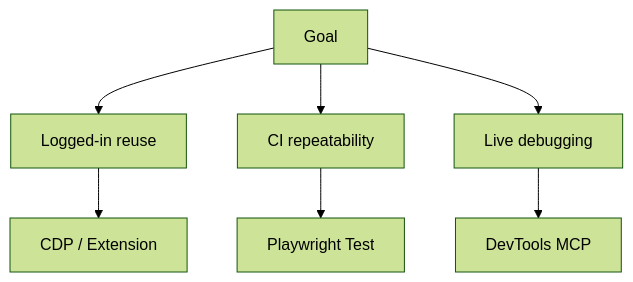
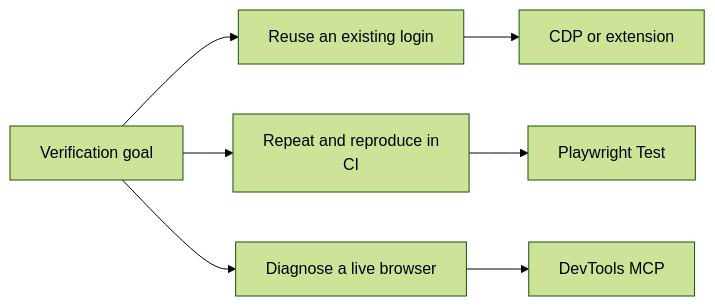
One commit to daylight55/research changed the first of 2 diagrams in articles/report/browser-e2e-mcp-agent-skills/en/index.mdx. Above: the diagram before and after it, drawn with Mermaid (forest theme). The commit also changed other lines of this file and 181 other files, not shown here.

First line of the commit message:
全記事の図解368点を再生成し、共通注意書きを削除 (#402)

````diff
--- a/articles/report/browser-e2e-mcp-agent-skills/en/index.mdx
+++ b/articles/report/browser-e2e-mcp-agent-skills/en/index.mdx
@@ -39,9 +39,18 @@
 ```mermaid
-flowchart TD
-  Goal["Goal"] --> Login["Logged-in reuse"]
-  Goal --> CI["CI repeatability"]
-  Goal --> Debug["Live debugging"]
-  Login --> CDP["CDP / Extension"]
-  CI --> Test["Playwright Test"]
-  Debug --> DevTools["DevTools MCP"]
+flowchart LR
+  accTitle: Choose browser tooling from the verification goal
+  accDescr: Reusing a login session, reproducing checks in CI and diagnosing a live browser require different connections and verification tools.
+  N0["Verification goal"]
+  N1["Reuse an existing login"]
+  N2["CDP or extension"]
+  N3["Repeat and reproduce in<br/>CI"]
+  N4["Playwright Test"]
+  N5["Diagnose a live browser"]
+  N6["DevTools MCP"]
+  N0 --> N1
+  N1 --> N2
+  N0 --> N3
+  N3 --> N4
+  N0 --> N5
+  N5 --> N6
 ```
````
